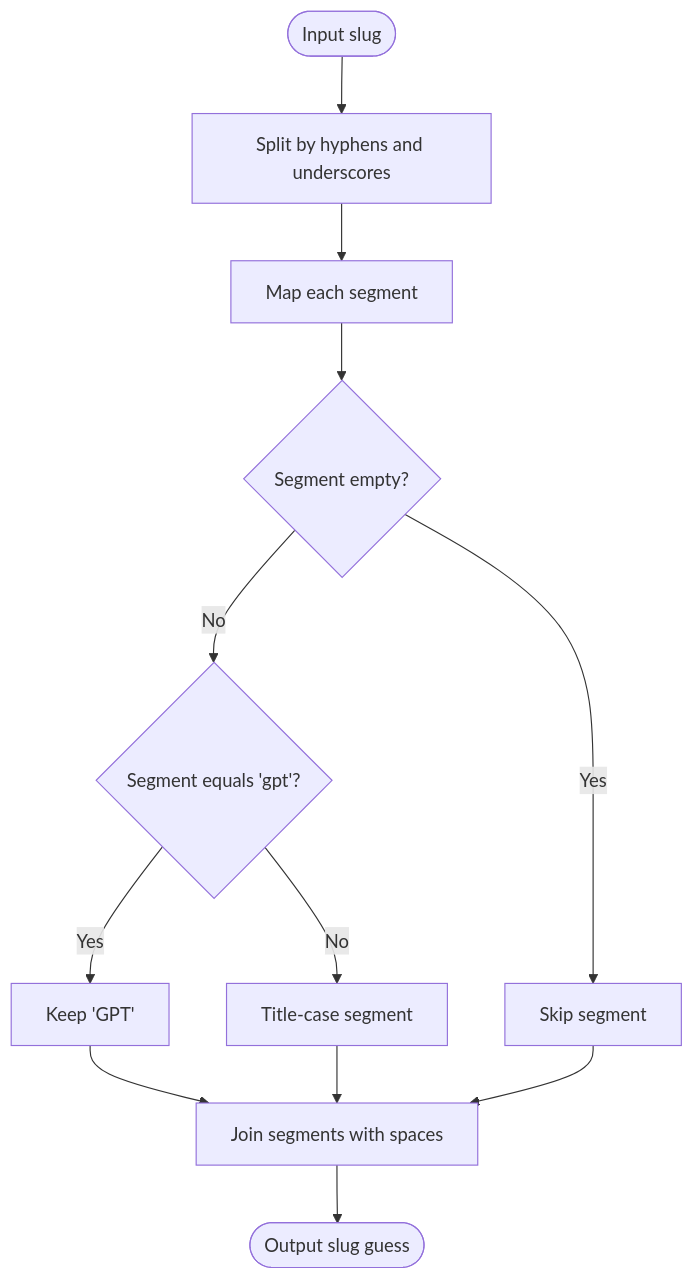
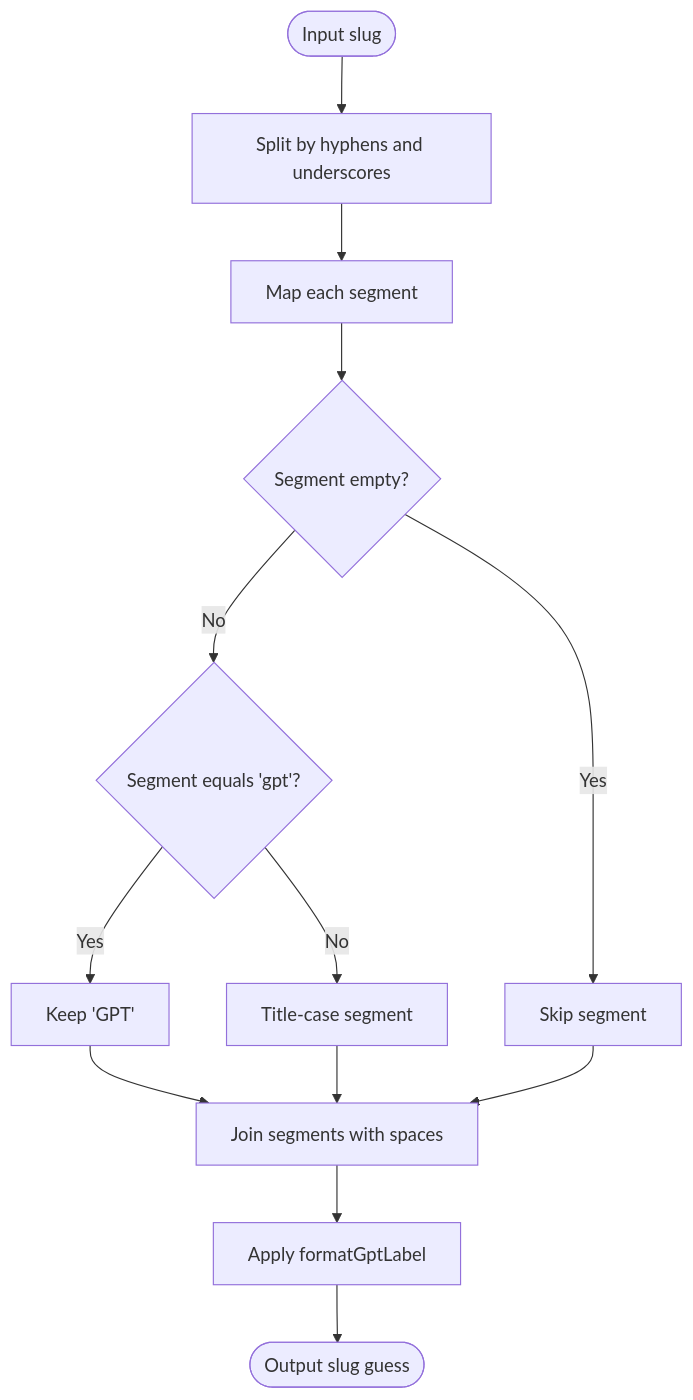
Before and after one commit to delirium-dj/modelcomp: the seventh of 10 diagrams in .qoder/repowiki/en/content/Data Management System/Data Synchronization Pipeline/Naming Conventions & Utilities.md, drawn with Mermaid. The commit also changed other lines of this file and 242 other files, not shown here.

````diff
--- a/.qoder/repowiki/en/content/Data Management System/Data Synchronization Pipeline/Naming Conventions & Utilities.md
+++ b/.qoder/repowiki/en/content/Data Management System/Data Synchronization Pipeline/Naming Conventions & Utilities.md
@@ -251,14 +360,15 @@
 ```mermaid
 flowchart TD
 Start(["Input slug"]) --> Split["Split by hyphens and underscores"]
 Split --> MapSegments["Map each segment"]
 MapSegments --> EmptyCheck{"Segment empty?"}
 EmptyCheck --> |Yes| Skip["Skip segment"]
 EmptyCheck --> |No| GptCheck{"Segment equals 'gpt'?"}
 GptCheck --> |Yes| KeepGPT["Keep 'GPT'"]
 GptCheck --> |No| TitleCase["Title-case segment"]
 KeepGPT --> Join["Join segments with spaces"]
 TitleCase --> Join
 Skip --> Join
-Join --> Output(["Output slug guess"])
+Join --> FormatGpt["Apply formatGptLabel"]
+FormatGpt --> Output(["Output slug guess"])
 ```
````
